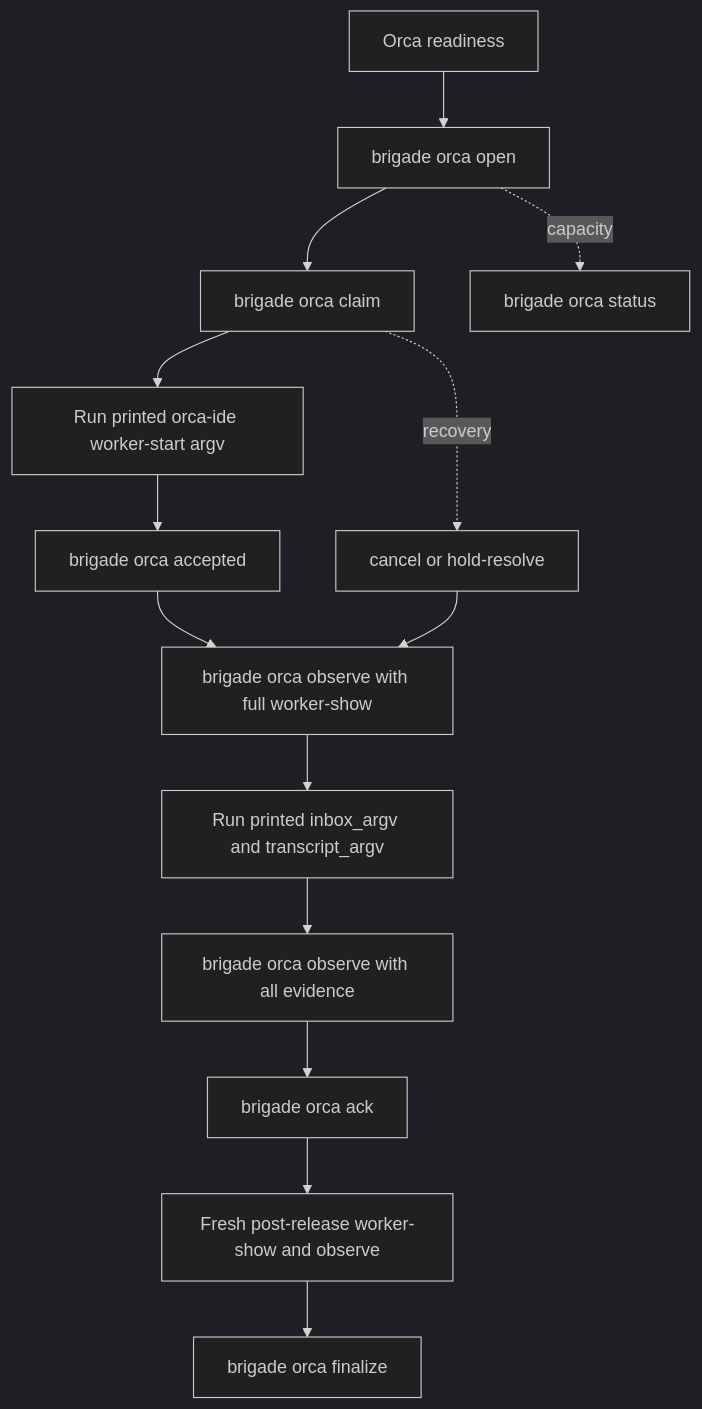
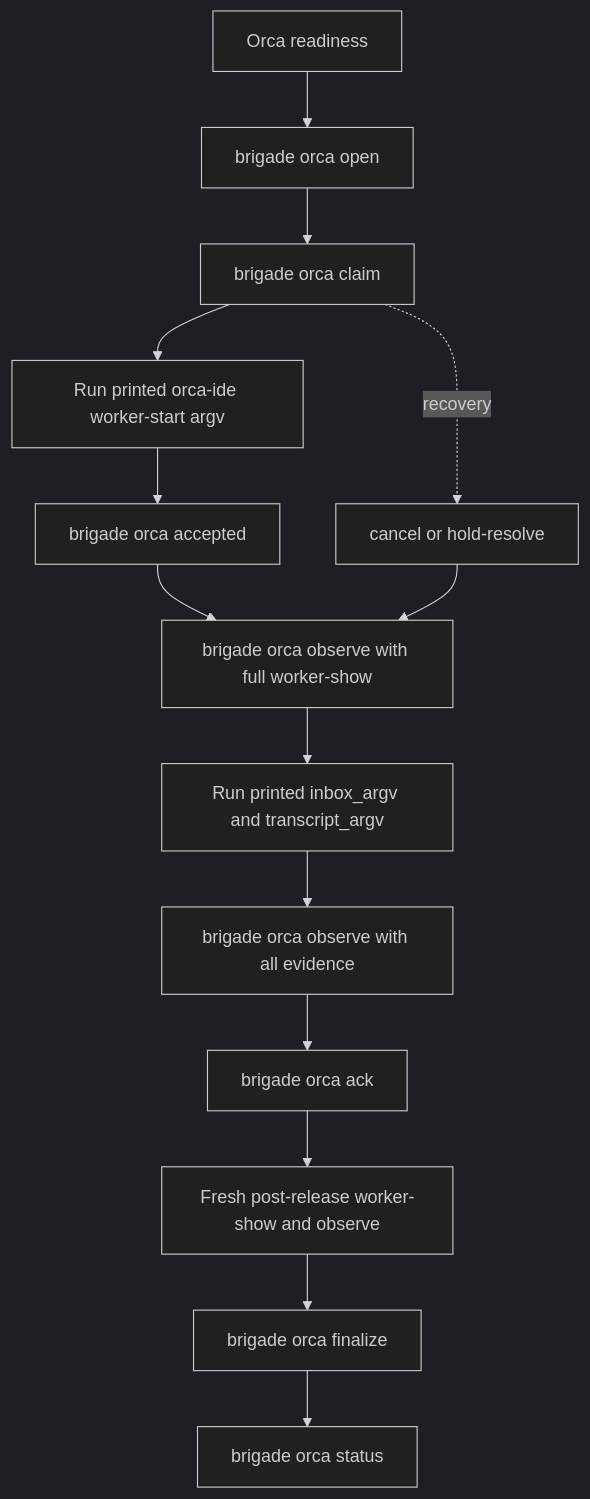
Before and after one commit to escoffier-labs/brigade: the diagram in docs/orca-governed-delegation.md, drawn with Mermaid (dark theme). The commit also changed other lines of this file and 6 other files, not shown here.

````diff
--- a/docs/orca-governed-delegation.md
+++ b/docs/orca-governed-delegation.md
@@ -12,16 +12,16 @@
 ```mermaid
 flowchart TD
     R[Orca readiness] --> A[brigade orca open]
     A --> B[brigade orca claim]
     B --> C[Run printed orca-ide worker-start argv]
     C --> D[brigade orca accepted]
     D --> E[brigade orca observe with full worker-show]
     E --> F[Run printed inbox_argv and transcript_argv]
     F --> G[brigade orca observe with all evidence]
     G --> H[brigade orca ack]
     H --> I[Fresh post-release worker-show and observe]
     I --> J[brigade orca finalize]
     B -. recovery .-> K[cancel or hold-resolve]
     K --> E
-    A -. capacity .-> L[brigade orca status]
+    J --> L[brigade orca status]
 ```
````
